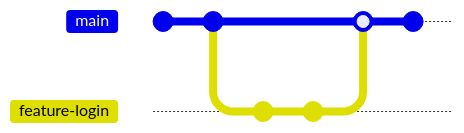
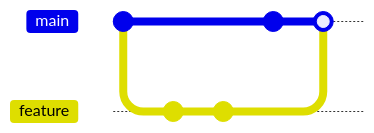
One commit to Mushyc/WIKI_MATHEUS_TI changed the second of 2 diagrams in guias/Curso_Git_GitHub.md. Above: the diagram before and after it, drawn with Mermaid. The commit also changed other lines of this file and 18 other files, not shown here. Commit ids are hidden.

````diff
--- a/guias/Curso_Git_GitHub.md
+++ b/guias/Curso_Git_GitHub.md
@@ -48,12 +50,11 @@
 ```mermaid
 gitGraph
-    commit
-    commit
-    branch feature-login
-    checkout feature-login
-    commit
-    commit
+    commit id: "Base"
+    branch feature
+    checkout feature
+    commit id: "F1"
+    commit id: "F2"
     checkout main
-    merge feature-login
-    commit
+    commit id: "M1"
+    merge feature id: "Merge Commit"
 ```
````
